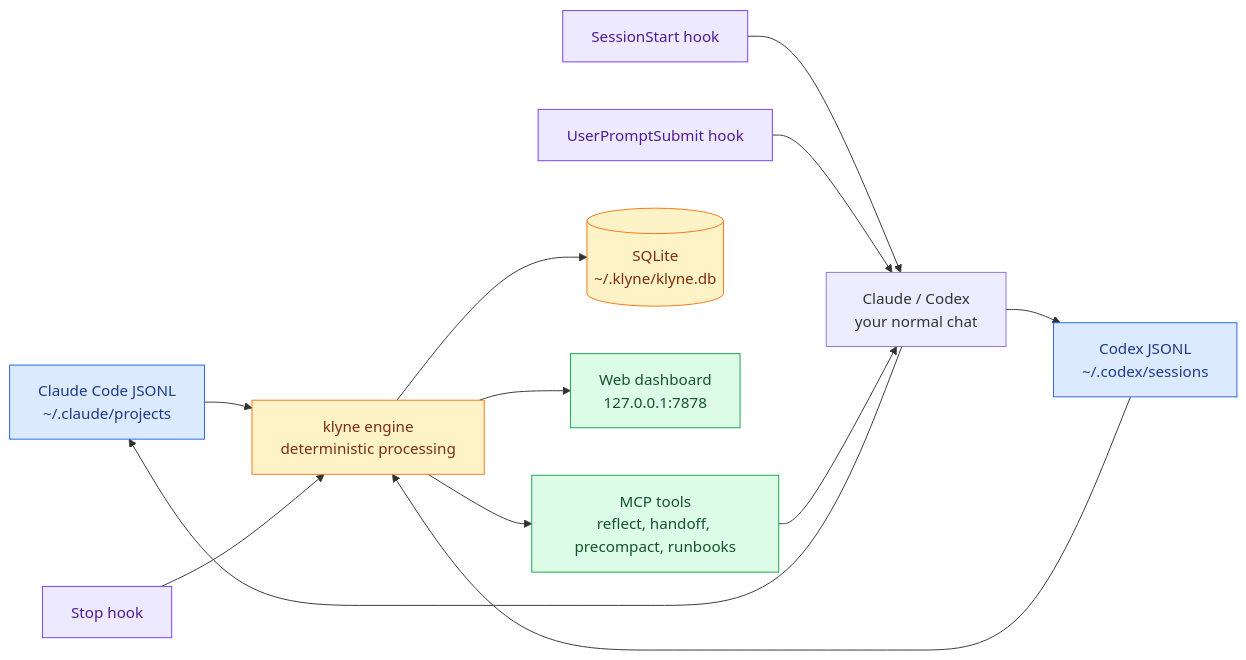
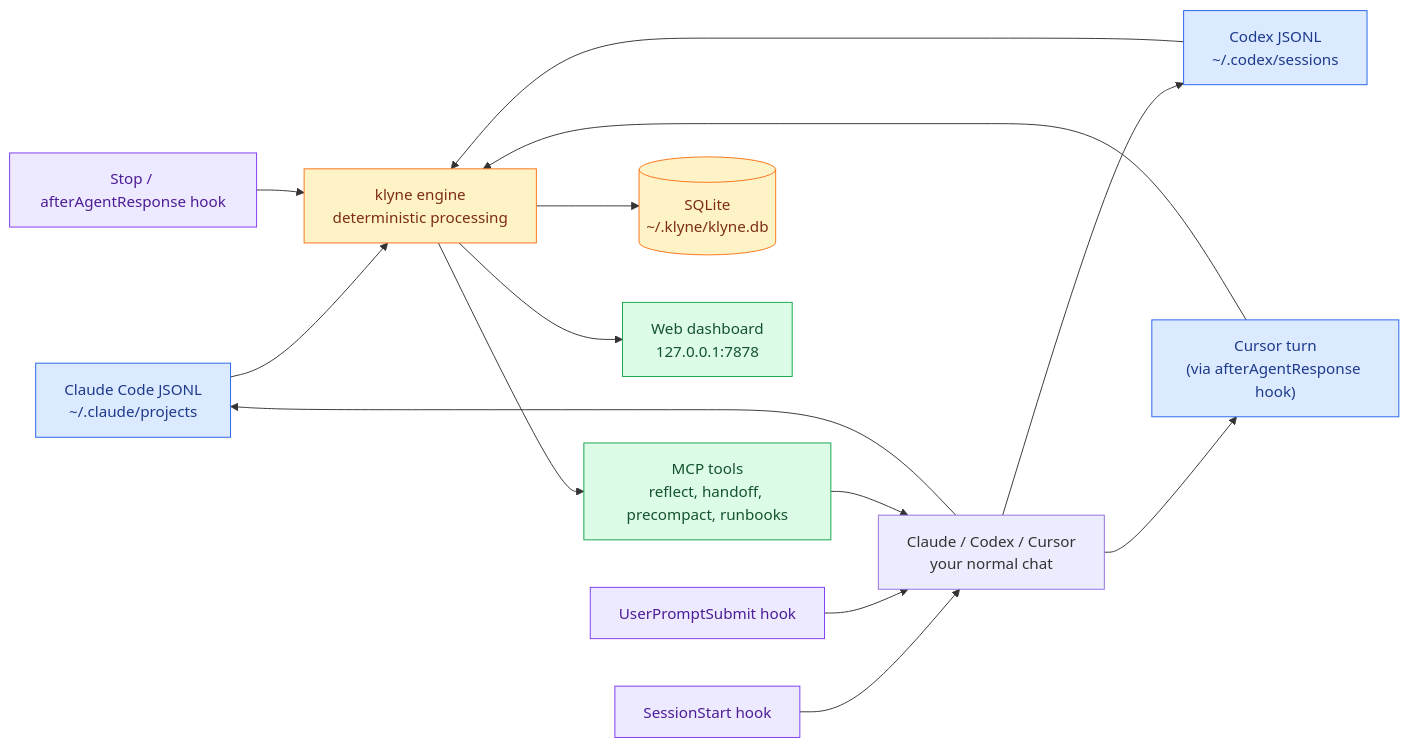
One commit to klyne-ai/klyne changed the diagram in README.md. Above: the diagram before and after it, drawn with Mermaid. The commit also changed other lines of this file and 2 other files, not shown here.

````diff
--- a/README.md
+++ b/README.md
@@ -147,23 +147,25 @@
 ```mermaid
 flowchart LR
   Claude["Claude Code JSONL<br/>~/.claude/projects"] --> Engine
   Codex["Codex JSONL<br/>~/.codex/sessions"] --> Engine
-  Start["SessionStart hook"] --> Chat["Claude / Codex<br/>your normal chat"]
+  Cursor["Cursor turn<br/>(via afterAgentResponse hook)"] --> Engine
+  Start["SessionStart hook"] --> Chat["Claude / Codex / Cursor<br/>your normal chat"]
   Prompt["UserPromptSubmit hook"] --> Chat
-  Stop["Stop hook"] --> Engine["klyne engine<br/>deterministic processing"]
+  Stop["Stop / afterAgentResponse hook"] --> Engine["klyne engine<br/>deterministic processing"]
   Chat --> Claude
   Chat --> Codex
+  Chat --> Cursor
   Engine --> DB[("SQLite<br/>~/.klyne/klyne.db")]
   Engine --> Web["Web dashboard<br/>127.0.0.1:7878"]
   Engine --> MCP["MCP tools<br/>reflect, handoff, precompact, runbooks"]
   MCP --> Chat
 
   classDef blue fill:#dbeafe,stroke:#2563eb,color:#1e3a8a
   classDef purple fill:#ede9fe,stroke:#7c3aed,color:#4c1d95
   classDef green fill:#dcfce7,stroke:#16a34a,color:#14532d
   classDef amber fill:#fef3c7,stroke:#f97316,color:#7c2d12
-  class Claude,Codex blue
+  class Claude,Codex,Cursor blue
   class Start,Prompt,Stop purple
   class Engine,DB amber
   class Web,MCP green
 ```
````
